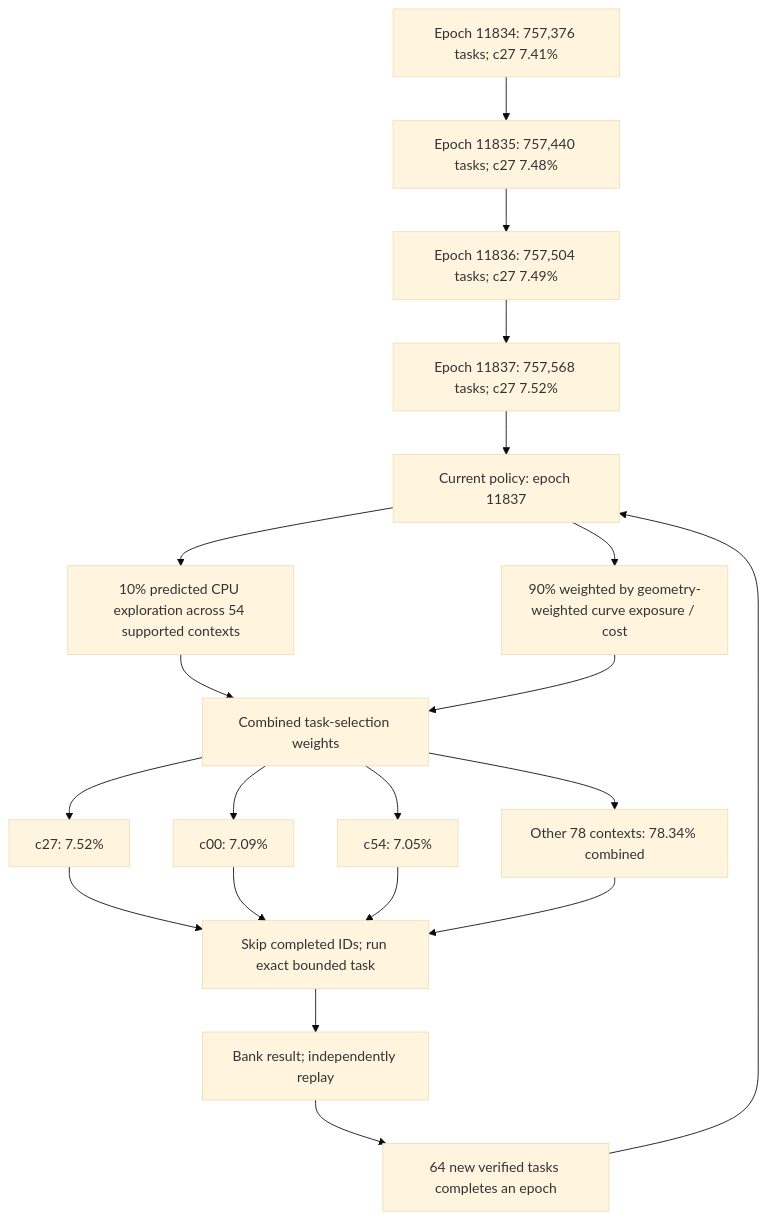
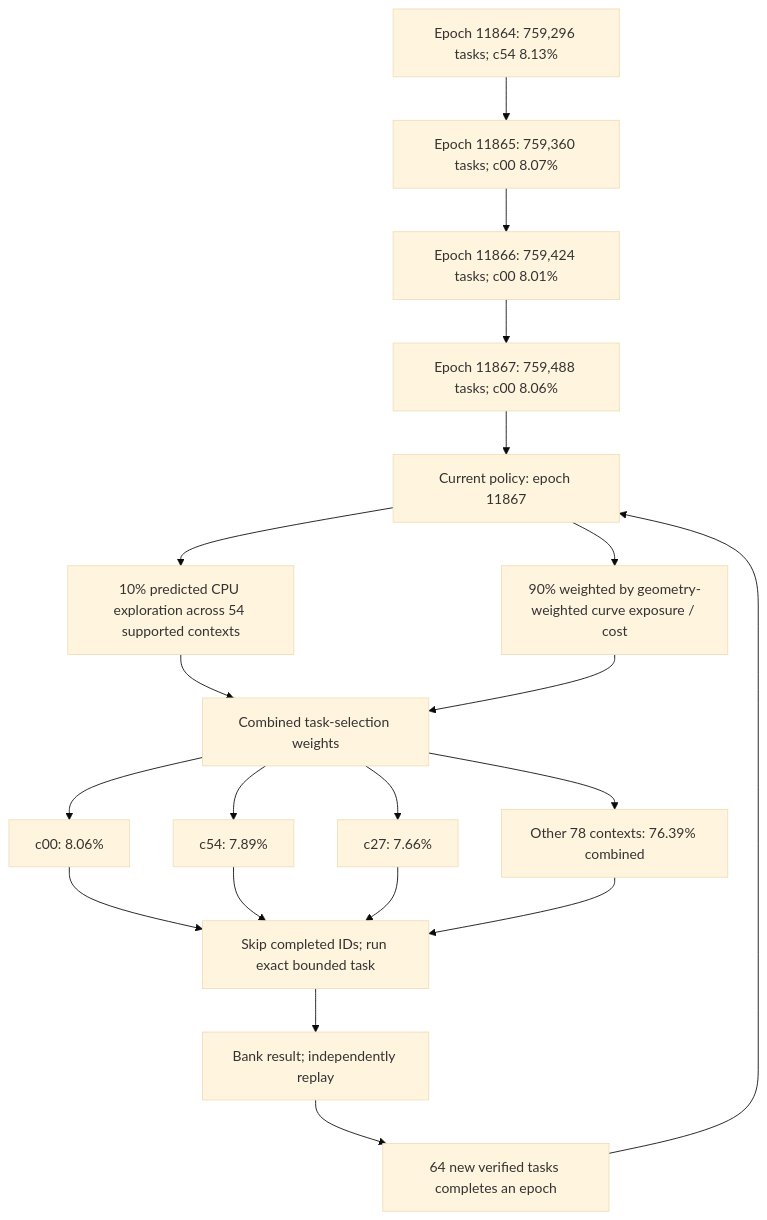
Before and after one commit to Kuberwastaken/math-gambling: the first of 4 diagrams in README.md, drawn with Mermaid (base theme). The commit also changed other lines of this file and 3859 other files, not shown here.

````diff
--- a/README.md
+++ b/README.md
@@ -60,27 +60,27 @@
 ```mermaid
 flowchart TD
-    H0["Epoch 11834: 757,376 tasks; c27 7.41%"]
-    H1["Epoch 11835: 757,440 tasks; c27 7.48%"]
+    H0["Epoch 11864: 759,296 tasks; c54 8.13%"]
+    H1["Epoch 11865: 759,360 tasks; c00 8.07%"]
     H0 --> H1
-    H2["Epoch 11836: 757,504 tasks; c27 7.49%"]
+    H2["Epoch 11866: 759,424 tasks; c00 8.01%"]
     H1 --> H2
-    H3["Epoch 11837: 757,568 tasks; c27 7.52%"]
+    H3["Epoch 11867: 759,488 tasks; c00 8.06%"]
     H2 --> H3
-    Policy["Current policy: epoch 11837"]
+    Policy["Current policy: epoch 11867"]
     H3 --> Policy
     Policy --> Explore["10% predicted CPU exploration across 54 supported contexts"]
     Policy --> Cost["90% weighted by geometry-weighted curve exposure / cost"]
     Explore --> Mix["Combined task-selection weights"]
     Cost --> Mix
-    Mix --> C0["c27: 7.52%"]
-    Mix --> C1["c00: 7.09%"]
-    Mix --> C2["c54: 7.05%"]
-    Mix --> Rest["Other 78 contexts: 78.34% combined"]
+    Mix --> C0["c00: 8.06%"]
+    Mix --> C1["c54: 7.89%"]
+    Mix --> C2["c27: 7.66%"]
+    Mix --> Rest["Other 78 contexts: 76.39% combined"]
     C0 --> Check["Skip completed IDs; run exact bounded task"]
     C1 --> Check
     C2 --> Check
     Rest --> Check
     Check --> Replay["Bank result; independently replay"]
     Replay --> Gate["64 new verified tasks completes an epoch"]
     Gate --> Policy
 ```
````
